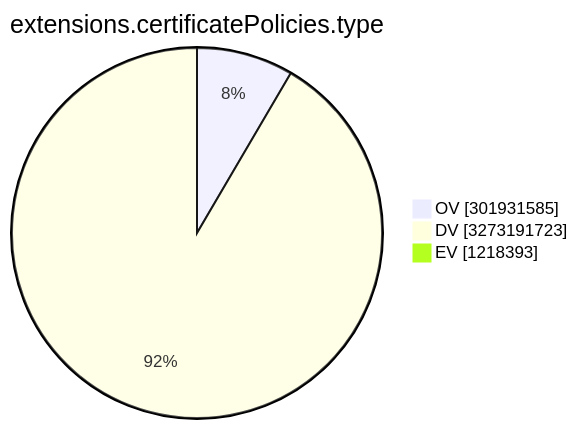
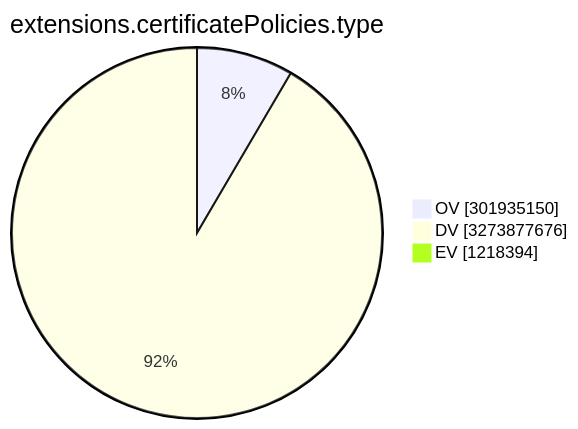
The ninth of 15 diagrams in TOTAL/README.md (christiankrug/ctmonitor_visualization), drawn with Mermaid before and after one commit. The commit also changed other lines of this file, not shown here.

````diff
--- a/TOTAL/README.md
+++ b/TOTAL/README.md
@@ -3107,7 +3107,7 @@
 ```mermaid
 pie showData
 title extensions.certificatePolicies.type
-"OV" :301931585
-"DV" :3273191723
-"EV" :1218393
+"OV" :301935150
+"DV" :3273877676
+"EV" :1218394
 ```
````
